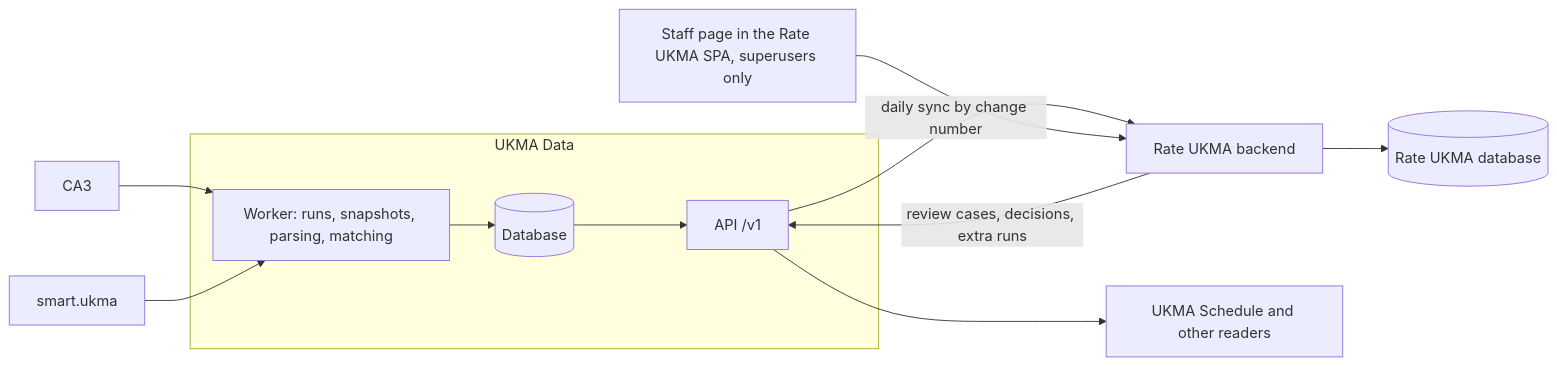
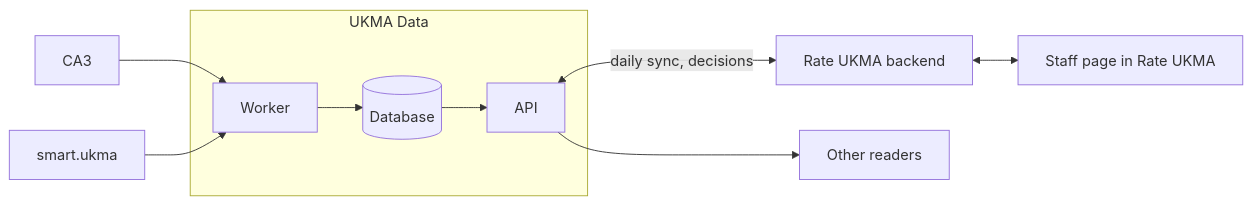
The first of 2 diagrams in docs/parser-service/spec.md (ukma-cs-ssdm-2025/rate-ukma), drawn with Mermaid before and after one commit. The commit also changed other lines of this file, not shown here.

Commit message:
docs(#704): simpler overview and review case diagrams

````diff
--- a/docs/parser-service/spec.md
+++ b/docs/parser-service/spec.md
@@ -13,14 +13,11 @@
 ```mermaid
 flowchart LR
   SAZ["САЗ"] --> Worker
   Smart["smart.ukma"] --> Worker
   subgraph Data["UKMA Data"]
-    Worker["Worker: runs, snapshots, parsing, matching"] --> DB[("Database")]
-    DB --> API["API /v1"]
+    Worker --> DB[("Database")] --> API
   end
-  API -- "daily sync by change number" --> RB["Rate UKMA backend"]
-  RB --> RDB[("Rate UKMA database")]
-  Staff["Staff page in the Rate UKMA SPA, superusers only"] --> RB
-  RB -- "review cases, decisions, extra runs" --> API
-  API --> Other["UKMA Schedule and other readers"]
+  API <-- "daily sync, decisions" --> Backend["Rate UKMA backend"]
+  Backend <--> Staff["Staff page in Rate UKMA"]
+  API --> Other["Other readers"]
 ```
````
